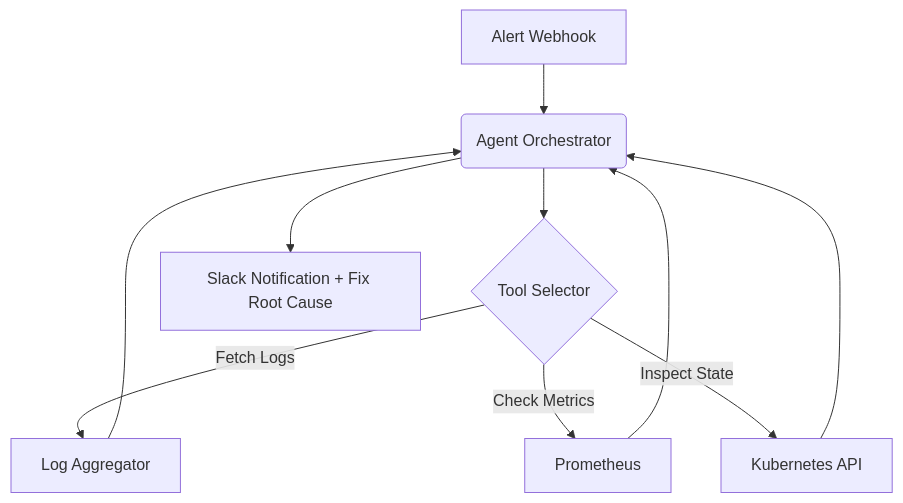
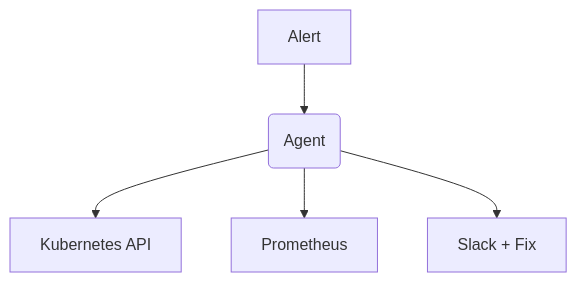
One commit to dev4aibots/infra-diagnostics-agent changed the diagram in README.md. Above: the diagram before and after it, drawn with Mermaid. The commit also changed other lines of this file, not shown here.

````diff
--- a/README.md
+++ b/README.md
@@ -13,10 +43,7 @@
 ```mermaid
 flowchart TD
-    A[Alert Webhook] --> B(Agent Orchestrator)
-    B --> C{Tool Selector}
-    C -->|Fetch Logs| D[Log Aggregator]
-    C -->|Check Metrics| E[Prometheus]
-    C -->|Inspect State| F[Kubernetes API]
-    D & E & F --> B
-    B --> G[Slack Notification + Fix Root Cause]
+    A[Alert] --> B(Agent)
+    B --> C[Kubernetes API]
+    B --> D[Prometheus]
+    B --> E[Slack + Fix]
 ```
````
